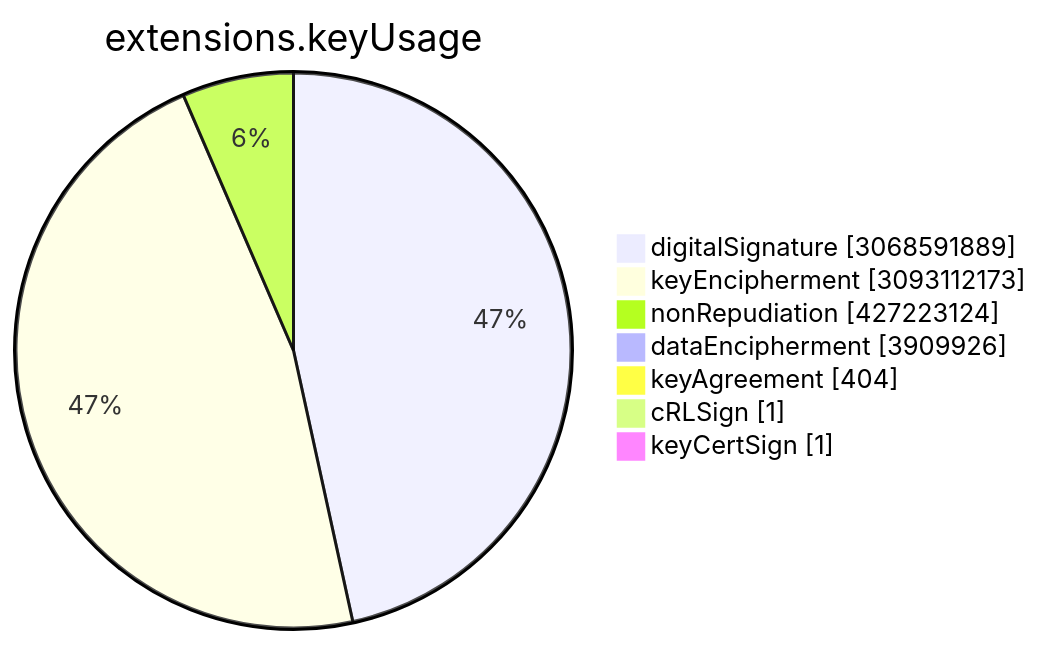
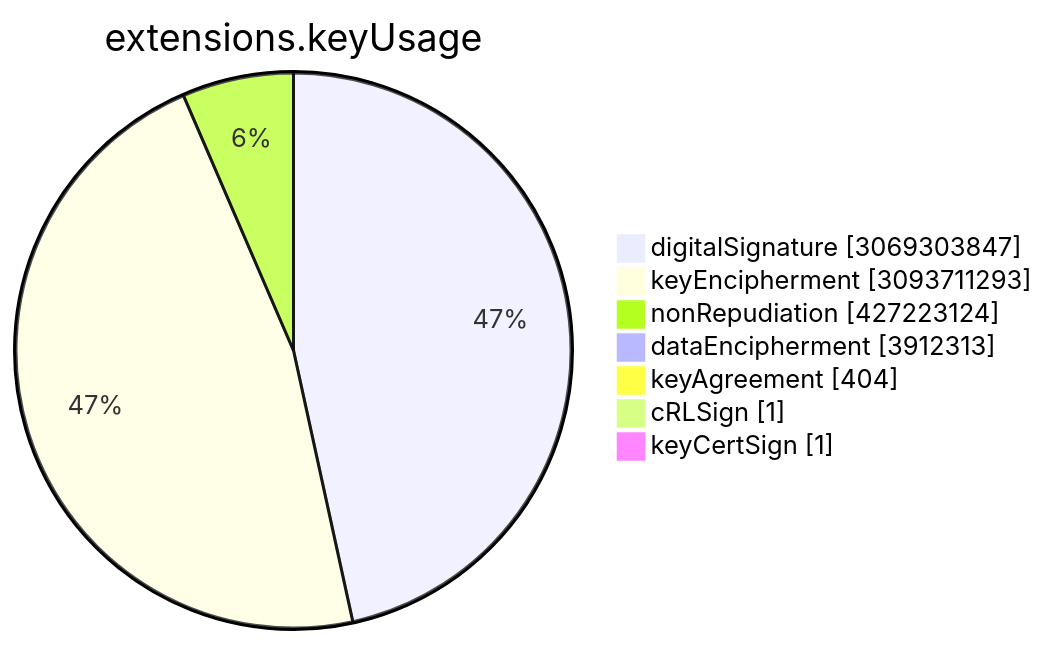
The sixth of 15 diagrams in TOTAL/README.md (christiankrug/ctmonitor_visualization), drawn with Mermaid before and after one commit. The commit also changed other lines of this file, not shown here.

````diff
--- a/TOTAL/README.md
+++ b/TOTAL/README.md
@@ -3077,11 +3077,11 @@
 ```mermaid
 pie showData
 title extensions.keyUsage
-"digitalSignature" :3068591889
-"keyEncipherment" :3093112173
+"digitalSignature" :3069303847
+"keyEncipherment" :3093711293
 "nonRepudiation" :427223124
-"dataEncipherment" :3909926
+"dataEncipherment" :3912313
 "keyAgreement" :404
 "cRLSign" :1
 "keyCertSign" :1
 ```
````
